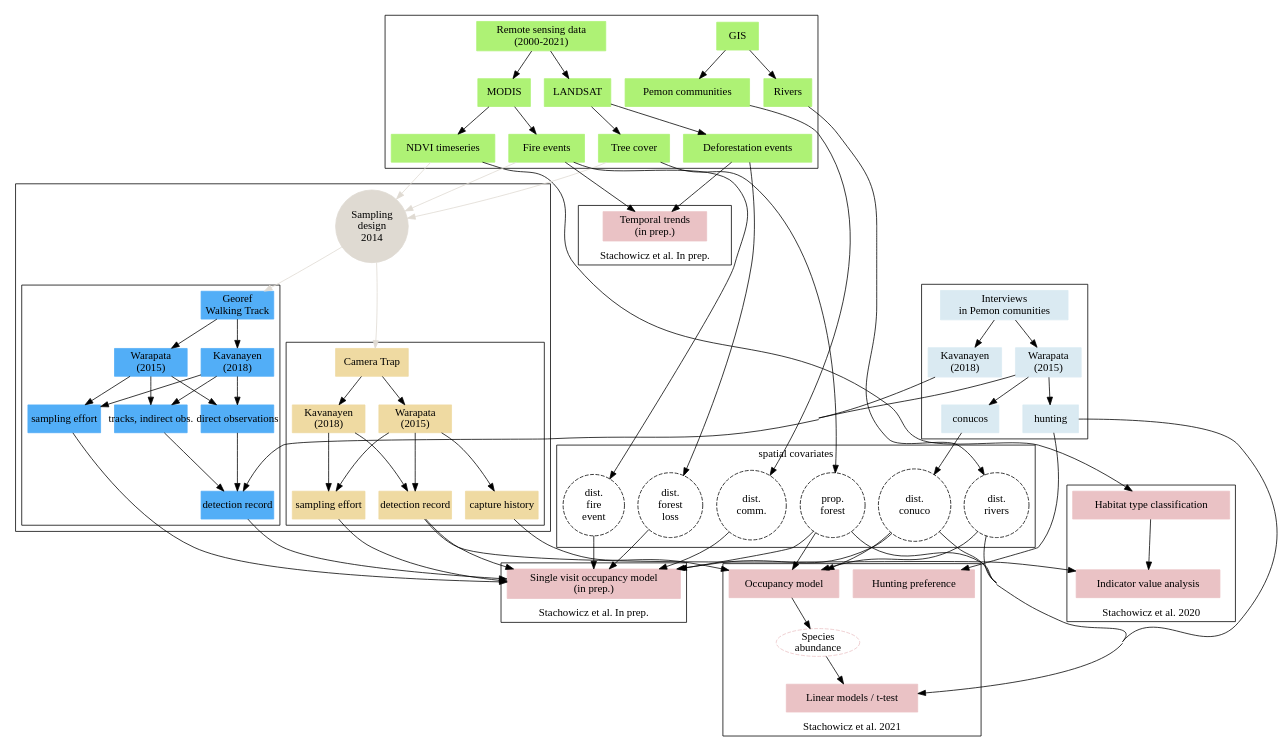
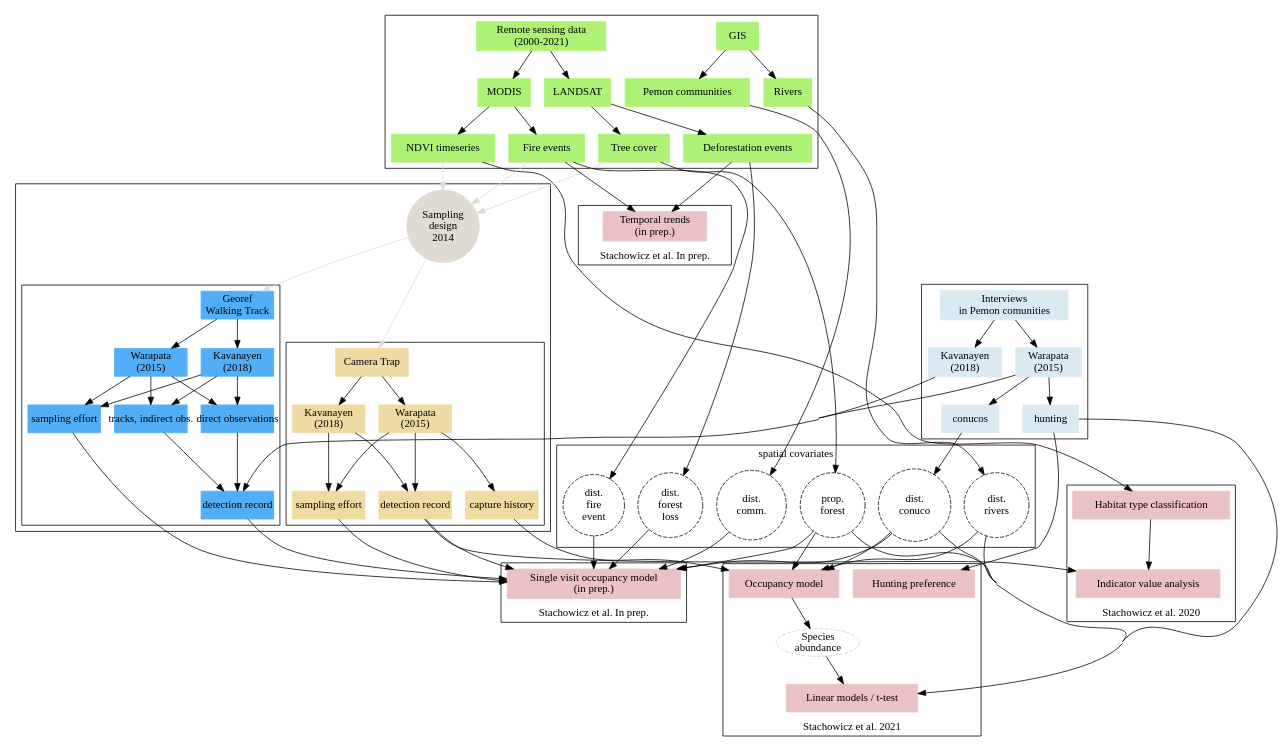
The diagram in GranSabana-analisis.dot (jrfep/GS-spatial-data), drawn with Graphviz before and after one commit.

Commit message:
improve graph with links between vars and analysis

```diff
--- a/GranSabana-analisis.dot
+++ b/GranSabana-analisis.dot
@@ -1,129 +1,127 @@
 digraph G {
 	concentrate=true;
 	##rankdir=LR;
     layout=dot;
 	//newrank=true; // rank without respect to cluster
     rankdir="TD"; 
 	//subgraph cluster_analysis
 	{
 		node [shape=box color="#EAC2C5" style="filled"]
 		subgraph cluster_St2021 {
 			label="Stachowicz et al. 2021" labelloc = "bottom"
 			OCCU [label="Occupancy model"]
 			HF [label="Linear models / t-test"]
 			HP [label="Hunting preference"]
 			ABUN [label="Species\nabundance" shape=ellipse,width=1.5,fixedsize=true,style="dashed"]
 		}
 		subgraph cluster_St2020 {
 			label="Stachowicz et al. 2020" labelloc = "bottom"
 			HT [label="Habitat type classification"]
 			IV [label="Indicator value analysis"]	
 		}
 		subgraph cluster_StMS1 {
 			label="Stachowicz et al. In prep." labelloc = "bottom"
 			SVOC [label="Single visit occupancy model\n(in prep.)"]
 		}
 		subgraph cluster_StMS2 {
 			label="Stachowicz et al. In prep." labelloc = "bottom"
 			TREND [label="Temporal trends\n(in prep.)"]
 		}
 		//IV -> {OCCU;HF;HP} -> {SVOC;TREND} [style = invis] // set node order in cluster
 	}
 
     subgraph cluster_spatial {
-		rankdir="LR"
 		node [shape=box color="#AEF275" style="filled"]
 		RS [label="Remote sensing data\n(2000-2021)"]
 		MODIS
 		LANDSAT
 		NDVI [label="NDVI timeseries"]
 		DFOR [label="Deforestation events"]
 		FRST [label="Tree cover"]
 		FIRE [label="Fire events"]
 		
 		GIS 
 		RIVER [label="Rivers"]
 		COMU [label="Pemon communities"]
 	}
 
 	
 	subgraph cluster_interviews {
 		node [shape=box color="#DAEAF2" style="filled"]
 		INT [label="Interviews\nin Pemon comunities"]
 		INTW [label="Warapata\n(2015)"]
 		INTK [label="Kavanayen\n(2018)"]
 		HUNT [label="hunting"]
 		CONU [label="conucos"]
 	}
 	
 	
 
     subgraph cluster_fieldwork {
-		rankdir="TD"
 		node [shape=circle style="filled" width=1.3 fixedsize=true color="#DFDAD2"];
 		SD [label="Sampling\ndesign\n2014"]
 		subgraph cluster_obs {
 			node [shape=box color="#52AEF7" style="filled"]
 			TRACK [label="Georef\nWalking Track"]
 			TRACKW [label="Warapata\n(2015)"]
 			TRACKK [label="Kavanayen\n(2018)"]
 			PR [label="detection record"]
 			OBS [label="direct observations"] 
 			INOBS [label="tracks, indirect obs."] 
 			EFF [label="sampling effort"]
 		}
 		subgraph cluster_camera {
 			
 			node [shape=box color="#EFDAA2" style="filled"]
 			CT [label="Camera Trap"]
 			CTW [label="Warapata\n(2015)"]
 			CTK [label="Kavanayen\n(2018)"]
 			CH [label="capture history"]
 			PA [label="detection record"]
 			CTE [label="sampling effort"]
 		}
-			SD -> {TRACK -> CT [style = invis]} [style = invis] // set node order in cluster
-	
+		//	SD -> {TRACK -> CT [style = invis]} [style = invis] // set node order in cluster
+		SD -> {TRACK -> CT [style = invis]}  [style="solid" color="#DFDAD2"]
+		
     }
 	subgraph cluster_covars {
 		label="spatial covariates"
 		node [shape=circle style="dashed"]
 		DRIV [label="dist.\nrivers"]
 		PFST  [label="prop.\nforest"]
 		DDFR [label="dist.\nforest\nloss"]
 		DFIRE [label="dist.\nfire\nevent"]
 		DCOM [label="dist.\ncomm."]
 		DCON [label="dist.\nconuco"]
 	}
 	{	
-		MODIS -> {NDVI, FIRE}
-		GIS -> {RIVER, COMU}
-		RS -> {MODIS,LANDSAT}
+		MODIS -> {NDVI; FIRE}
+		GIS -> {RIVER; COMU}
+		RS -> {MODIS;LANDSAT}
 		NDVI -> HT
-		LANDSAT -> DFOR,FRST
-		NDVI,FIRE,FRST -> SD [style="solid" color="#DFDAD2"]
-		SD -> CT,TRACK  [style="solid" color="#DFDAD2"]
+		LANDSAT -> {DFOR;FRST}
+		{NDVI;FIRE;FRST} -> SD [style="solid" color="#DFDAD2"]
 		RIVER -> DRIV
 		CONU  -> DCON
 		FIRE  -> DFIRE
 		FRST-> PFST
 		DFOR -> DDFR
 		COMU  -> DCOM
 		CT -> CTW -> CH 
 		CTW -> CTE
 		CT -> CTK -> CTE
 		{CTW;CTK} -> PA
 		TRACK -> {TRACKW;TRACKK} -> EFF
 		{TRACKW;TRACKK} -> {INOBS, OBS} -> PR
-		{CH, DRIV, DCON, PFST} -> OCCU
-		PA, HT -> IV
-		PA, PR , DDFR , DFIRE,PFST, DCON, DCOM -> SVOC
-		INT -> INTW ->  PR,HUNT,CONU
+		{CH; DRIV; DCON; PFST} -> OCCU
+		{PA; HT} -> IV
+		{PA; PR; DDFR; DFIRE; PFST; DCON; DCOM }-> SVOC
+		INT -> INTW ->  {PR; HUNT; CONU}
 		INT -> INTK ->  PR
 		EFF,CTE -> SVOC
 		OCCU -> ABUN
-		ABUN,HUNT,PFST,DRIV,DCON -> HF
+		{ABUN; HUNT; PFST; DRIV; DCON} -> HF
 		HUNT -> HP
-		FIRE,DFOR -> TREND 
+		{FIRE;DFOR} -> TREND 
 	}
 }
```
